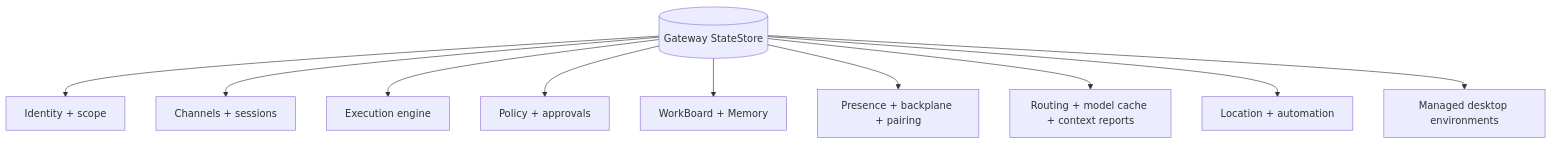
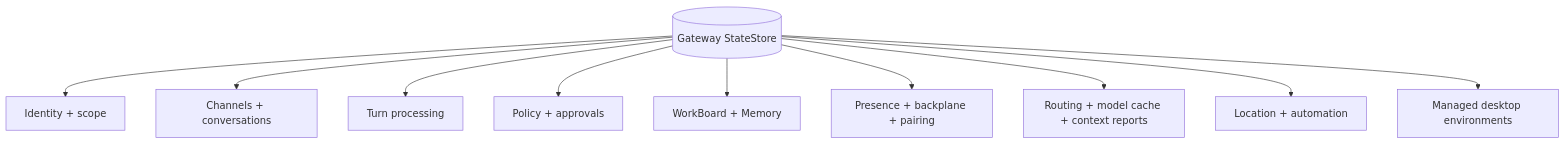
The diagram in docs/architecture/scaling-ha/data-model-map.md (tyrumai/tyrum), drawn with Mermaid before and after one commit. The commit also changed other lines of this file and 56 other files, not shown here.

Commit message:
docs: rewrite architecture around conversations and turns (#1829)

````diff
--- a/docs/architecture/scaling-ha/data-model-map.md
+++ b/docs/architecture/scaling-ha/data-model-map.md
@@ -28,13 +23,13 @@
 ```mermaid
 flowchart TB
   DB[("Gateway StateStore")]
   DB --> ID["Identity + scope"]
-  DB --> MSG["Channels + sessions"]
-  DB --> EXEC["Execution engine"]
+  DB --> MSG["Channels + conversations"]
+  DB --> TURN["Turn processing"]
   DB --> POLICY["Policy + approvals"]
   DB --> WORK["WorkBoard + Memory"]
   DB --> EDGE["Presence + backplane + pairing"]
   DB --> OPS["Routing + model cache + context reports"]
   DB --> LOC["Location + automation"]
   DB --> DESK["Managed desktop environments"]
 ```
````
